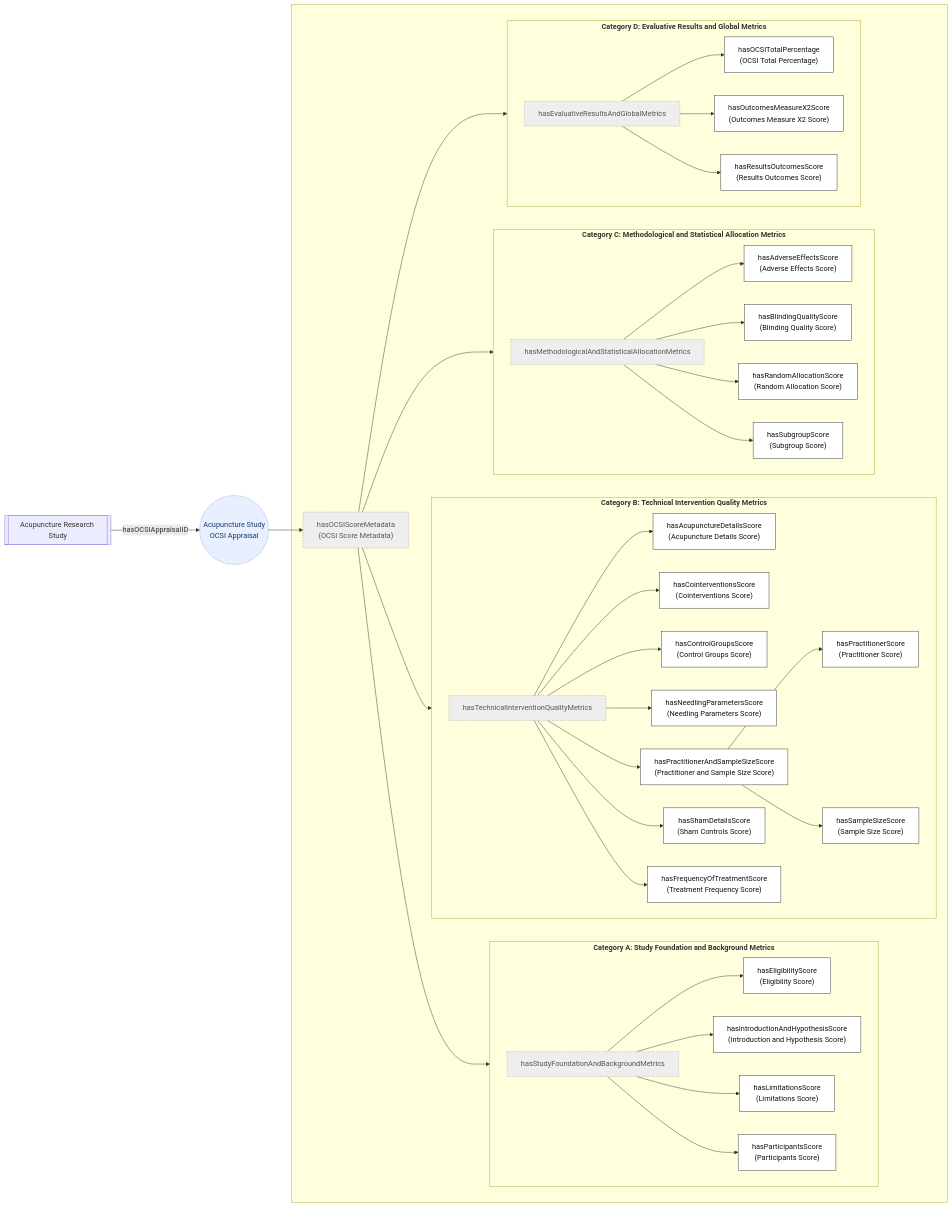
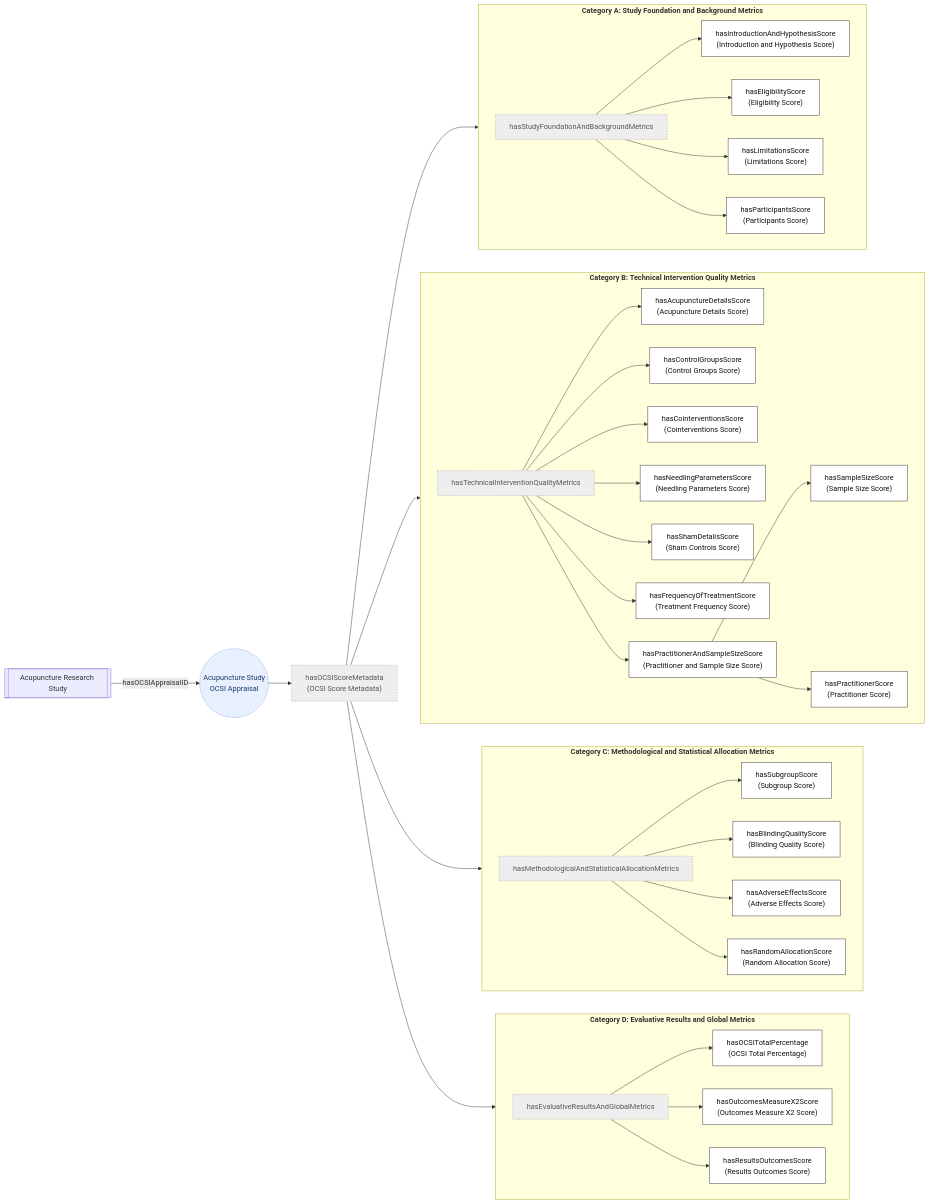
The fourth of 5 diagrams in ontology-files/base/articles-kb/articles-kb-core/README.md (smtifahim/TARA-Ontology-Repository), drawn with Mermaid before and after one commit. The commit also changed other lines of this file, not shown here.

```diff
--- a/ontology-files/base/articles-kb/articles-kb-core/README.md
+++ b/ontology-files/base/articles-kb/articles-kb-core/README.md
@@ -223,57 +231,10 @@
     ROOT["hasOCSIScoreMetadata<br/>(OCSI Score Metadata)"]:::group
     OCSI --> ROOT
 
-    subgraph OCSI_FIELDS [" "]
+    %% subgraph OCSI_FIELDS [" "]
 
-    subgraph A ["<b>Category A: Study Foundation and Background Metrics</b>"]
-        direction LR
-        CATA["hasStudyFoundationAndBackgroundMetrics"]:::group
-        ELIG["hasEligibilityScore<br/>(Eligibility Score)"]:::field
-        INTRO["hasIntroductionAndHypothesisScore<br/>(Introduction and Hypothesis Score)"]:::field
-        LIMIT["hasLimitationsScore<br/>(Limitations Score)"]:::field
-        PART["hasParticipantsScore<br/>(Participants Score)"]:::field
-        CATA --> ELIG
-        CATA --> INTRO
-        CATA --> LIMIT
-        CATA --> PART
-    end
 
-    subgraph B ["<b>Category B: Technical Intervention Quality Metrics</b>"]
-        direction LR
-        CATB["hasTechnicalInterventionQualityMetrics"]:::group
-        ACUDET["hasAcupunctureDetailsScore<br/>(Acupuncture Details Score)"]:::field
-        COINT["hasCointerventionsScore<br/>(Cointerventions Score)"]:::field
-        CTRLSC["hasControlGroupsScore<br/>(Control Groups Score)"]:::field
-        NEEDLESC["hasNeedlingParametersScore<br/>(Needling Parameters Score)"]:::field
-        PRACSAMP["hasPractitionerAndSampleSizeScore<br/>(Practitioner and Sample Size Score)"]:::field
-        PRACSC["hasPractitionerScore<br/>(Practitioner Score)"]:::field
-        SAMPSC["hasSampleSizeScore<br/>(Sample Size Score)"]:::field
-        SHAMSC["hasShamDetailsScore<br/>(Sham Controls Score)"]:::field
-        FREQSC["hasFrequencyOfTreatmentScore<br/>(Treatment Frequency Score)"]:::field
 
-        CATB --> ACUDET
-        CATB --> COINT
-        CATB --> CTRLSC
-        CATB --> NEEDLESC
-        CATB --> PRACSAMP
-        PRACSAMP --> PRACSC
-        PRACSAMP --> SAMPSC
-        CATB --> SHAMSC
-        CATB --> FREQSC
-    end
-
-    subgraph C ["<b>Category C: Methodological and Statistical Allocation Metrics</b>"]
-        direction LR
-        CATC["hasMethodologicalAndStatisticalAllocationMetrics"]:::group
-        ADV["hasAdverseEffectsScore<br/>(Adverse Effects Score)"]:::field
-        BLIND["hasBlindingQualityScore<br/>(Blinding Quality Score)"]:::field
-        RAND["hasRandomAllocationScore<br/>(Random Allocation Score)"]:::field
-        SUBG["hasSubgroupScore<br/>(Subgroup Score)"]:::field
-        CATC --> ADV
-        CATC --> BLIND
-        CATC --> RAND
-        CATC --> SUBG
-    end
 
     subgraph D ["<b>Category D: Evaluative Results and Global Metrics</b>"]
         direction LR
@@ -286,12 +247,68 @@
         CATD --> RESOUT
     end
 
+
+    subgraph C ["<b>Category C: Methodological and Statistical Allocation Metrics</b>"]
+        direction LR
+        SUBG["hasSubgroupScore<br/>(Subgroup Score)"]:::field
+        BLIND["hasBlindingQualityScore<br/>(Blinding Quality Score)"]:::field
+        CATC["hasMethodologicalAndStatisticalAllocationMetrics"]:::group
+        ADV["hasAdverseEffectsScore<br/>(Adverse Effects Score)"]:::field
+        RAND["hasRandomAllocationScore<br/>(Random Allocation Score)"]:::field
+        
+        CATC --> SUBG
+        CATC --> BLIND
+        CATC --> ADV
+        CATC --> RAND
+    end
+
+    
+    subgraph B ["<b>Category B: Technical Intervention Quality Metrics</b>"]
+        direction LR
+        CATB["hasTechnicalInterventionQualityMetrics"]:::group
+        ACUDET["hasAcupunctureDetailsScore<br/>(Acupuncture Details Score)"]:::field
+        CTRLSC["hasControlGroupsScore<br/>(Control Groups Score)"]:::field
+        COINT["hasCointerventionsScore<br/>(Cointerventions Score)"]:::field
+        NEEDLESC["hasNeedlingParametersScore<br/>(Needling Parameters Score)"]:::field
+        SAMPSC["hasSampleSizeScore<br/>(Sample Size Score)"]:::field
+        SHAMSC["hasShamDetailsScore<br/>(Sham Controls Score)"]:::field
+        FREQSC["hasFrequencyOfTreatmentScore<br/>(Treatment Frequency Score)"]:::field
+        PRACSAMP["hasPractitionerAndSampleSizeScore<br/>(Practitioner and Sample Size Score)"]:::field
+        PRACSC["hasPractitionerScore<br/>(Practitioner Score)"]:::field
+
+
+
+        CATB --> ACUDET
+        CATB --> CTRLSC
+        CATB --> COINT
+        CATB --> NEEDLESC
+        CATB --> SHAMSC
+        CATB --> FREQSC
+        CATB --> PRACSAMP
+                 PRACSAMP --> SAMPSC
+                 PRACSAMP --> PRACSC
+
+    end
+
+    subgraph A ["<b>Category A: Study Foundation and Background Metrics</b>"]
+        direction LR
+        CATA["hasStudyFoundationAndBackgroundMetrics"]:::group
+        INTRO["hasIntroductionAndHypothesisScore<br/>(Introduction and Hypothesis Score)"]:::field
+        ELIG["hasEligibilityScore<br/>(Eligibility Score)"]:::field
+        LIMIT["hasLimitationsScore<br/>(Limitations Score)"]:::field
+        PART["hasParticipantsScore<br/>(Participants Score)"]:::field
+        CATA --> INTRO
+        CATA --> ELIG
+        CATA --> LIMIT
+        CATA --> PART
+    end
+
     ROOT --> CATA
     ROOT --> CATB
     ROOT --> CATC
     ROOT --> CATD
 
-    end
+    %% end
 
     STUDY_EXT[["Acupuncture Research Study"]] -- hasOCSIAppraisalID --> OCSI:::linked
     
```
